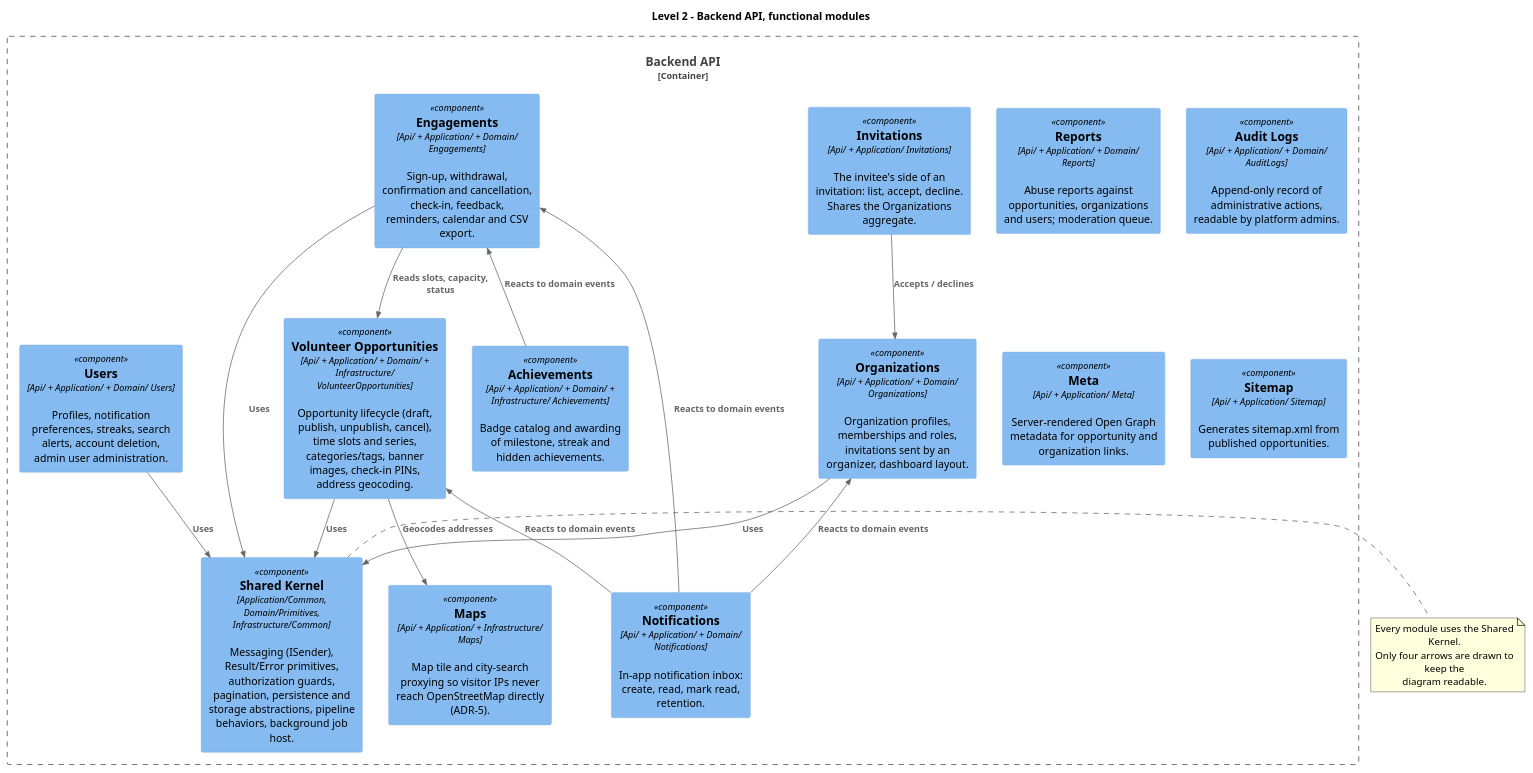
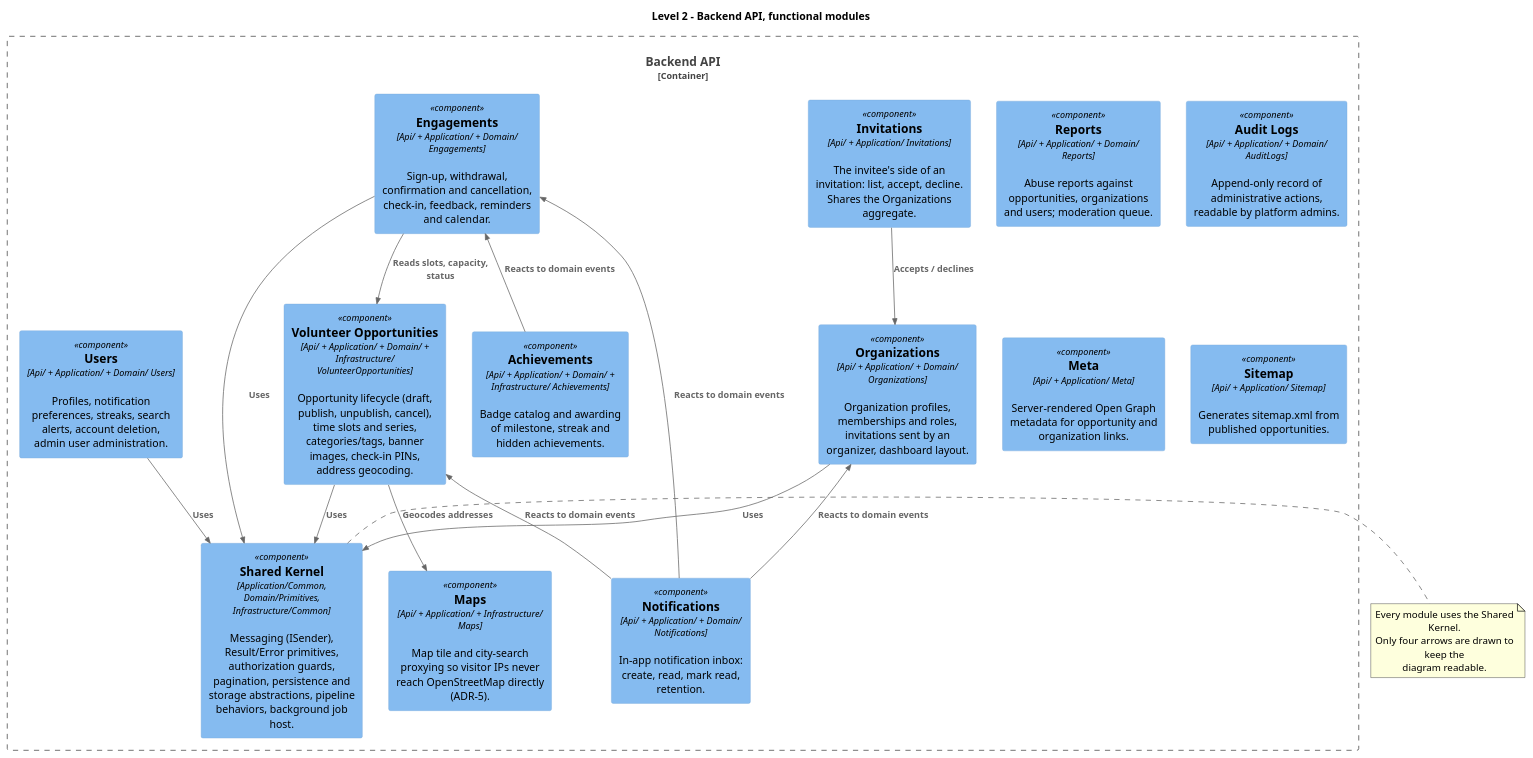
The diagram in docs/Architecture/images/module-backend.puml (maik-hasler/einsatzbereit), drawn with PlantUML before and after one commit. The commit also changed 17 other files, not shown here.

First line of the commit message:
feat: remove engagements CSV export feature (#1834)

```diff
--- a/docs/Architecture/images/module-backend.puml
+++ b/docs/Architecture/images/module-backend.puml
@@ -1,44 +1,44 @@
 @startuml Backend Module View
 
 !include <C4/C4_Component>
 
 title Level 2 - Backend API, functional modules
 
 Container_Boundary(backend, "Backend API") {
 	Component(opportunities, "Volunteer Opportunities", "Api/ + Application/ + Domain/ + Infrastructure/ VolunteerOpportunities", "Opportunity lifecycle (draft, publish, unpublish, cancel), time slots and series, categories/tags, banner images, check-in PINs, address geocoding.")
-	Component(engagements, "Engagements", "Api/ + Application/ + Domain/ Engagements", "Sign-up, withdrawal, confirmation and cancellation, check-in, feedback, reminders, calendar and CSV export.")
+	Component(engagements, "Engagements", "Api/ + Application/ + Domain/ Engagements", "Sign-up, withdrawal, confirmation and cancellation, check-in, feedback, reminders and calendar.")
 	Component(organizations, "Organizations", "Api/ + Application/ + Domain/ Organizations", "Organization profiles, memberships and roles, invitations sent by an organizer, dashboard layout.")
 	Component(invitations, "Invitations", "Api/ + Application/ Invitations", "The invitee's side of an invitation: list, accept, decline. Shares the Organizations aggregate.")
 	Component(users, "Users", "Api/ + Application/ + Domain/ Users", "Profiles, notification preferences, streaks, search alerts, account deletion, admin user administration.")
 	Component(achievements, "Achievements", "Api/ + Application/ + Domain/ + Infrastructure/ Achievements", "Badge catalog and awarding of milestone, streak and hidden achievements.")
 	Component(notifications, "Notifications", "Api/ + Application/ + Domain/ Notifications", "In-app notification inbox: create, read, mark read, retention.")
 	Component(reports, "Reports", "Api/ + Application/ + Domain/ Reports", "Abuse reports against opportunities, organizations and users; moderation queue.")
 	Component(auditlogs, "Audit Logs", "Api/ + Application/ + Domain/ AuditLogs", "Append-only record of administrative actions, readable by platform admins.")
 	Component(maps, "Maps", "Api/ + Application/ + Infrastructure/ Maps", "Map tile and city-search proxying so visitor IPs never reach OpenStreetMap directly (ADR-5).")
 	Component(meta, "Meta", "Api/ + Application/ Meta", "Server-rendered Open Graph metadata for opportunity and organization links.")
 	Component(sitemap, "Sitemap", "Api/ + Application/ Sitemap", "Generates sitemap.xml from published opportunities.")
 
 	Component(shared, "Shared Kernel", "Application/Common, Domain/Primitives, Infrastructure/Common", "Messaging (ISender), Result/Error primitives, authorization guards, pagination, persistence and storage abstractions, pipeline behaviors, background job host.")
 }
 
 Rel(engagements, opportunities, "Reads slots, capacity, status")
 Rel(invitations, organizations, "Accepts / declines")
 Rel(opportunities, maps, "Geocodes addresses")
 
 Rel_U(notifications, engagements, "Reacts to domain events")
 Rel_U(notifications, opportunities, "Reacts to domain events")
 Rel_U(notifications, organizations, "Reacts to domain events")
 Rel_U(achievements, engagements, "Reacts to domain events")
 
 Rel(opportunities, shared, "Uses")
 Rel(engagements, shared, "Uses")
 Rel(organizations, shared, "Uses")
 Rel(users, shared, "Uses")
 
 note right of shared
 	Every module uses the Shared Kernel.
 	Only four arrows are drawn to keep the
 	diagram readable.
 end note
 
 @enduml
```
